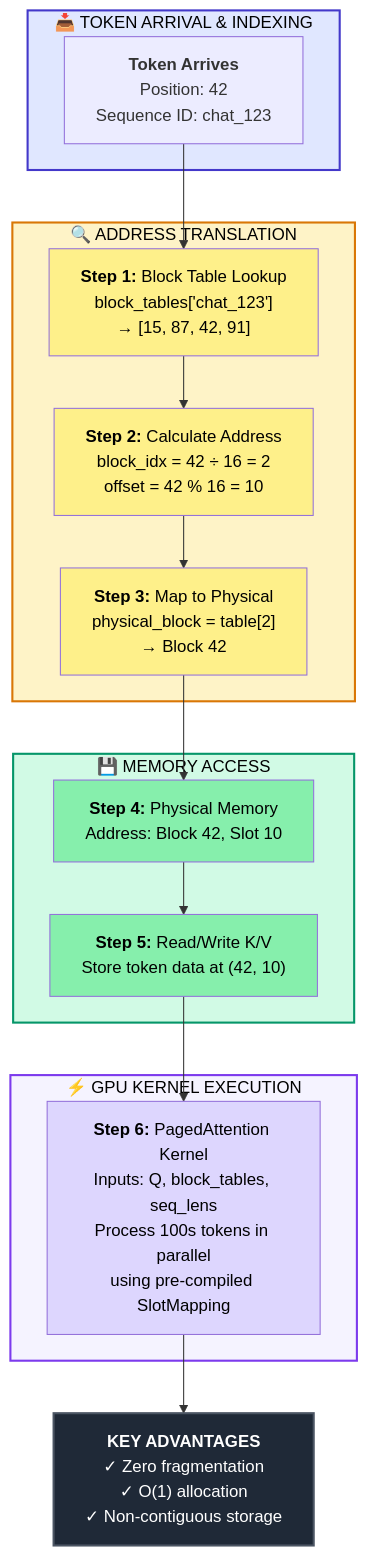
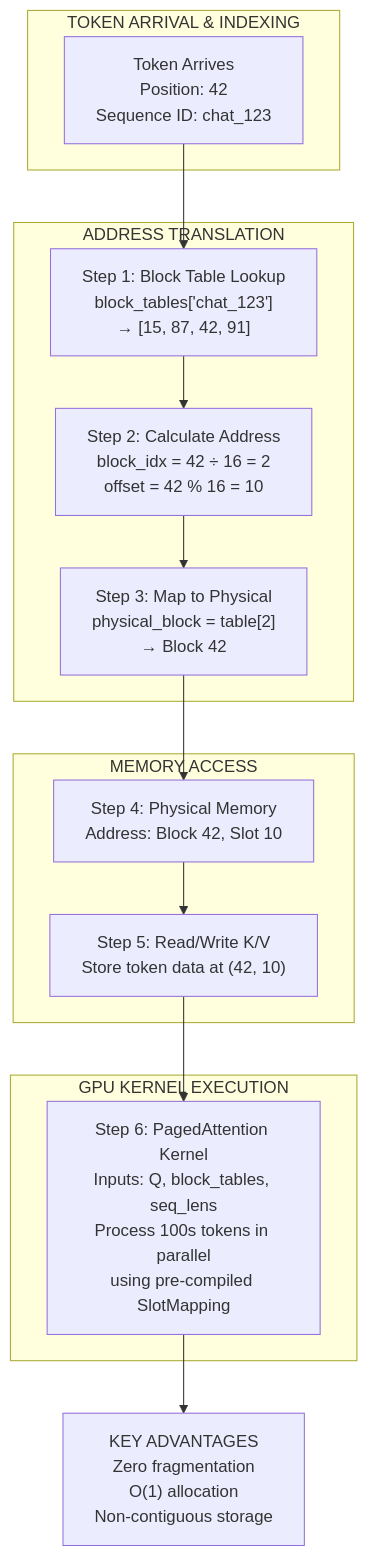
One commit to Shahriarin2garden/vllm_from_scratch changed the sixth of 9 diagrams in lab0.3/README.md. Above: the diagram before and after it, drawn with Mermaid. The commit also changed other lines of this file, not shown here.

Commit message:
Refactor mermaid diagrams in Lab 0.3 README for improved readability and consistency

````diff
--- a/lab0.3/README.md
+++ b/lab0.3/README.md
@@ -492,40 +464,28 @@
 ```mermaid
 graph TD
-    subgraph REQUEST["📥 TOKEN ARRIVAL & INDEXING"]
-        T1["<b>Token Arrives</b><br/>Position: 42<br/>Sequence ID: chat_123"]
+    subgraph REQUEST["TOKEN ARRIVAL & INDEXING"]
+        T1["Token Arrives<br/>Position: 42<br/>Sequence ID: chat_123"]
     end
     
-    subgraph TRANSLATION["🔍 ADDRESS TRANSLATION"]
-        BT["<b>Step 1:</b> Block Table Lookup<br/>block_tables['chat_123']<br/>→ [15, 87, 42, 91]"]
+    subgraph TRANSLATION["ADDRESS TRANSLATION"]
+        BT["Step 1: Block Table Lookup<br/>block_tables['chat_123']<br/>→ [15, 87, 42, 91]"]
         
-        Calc["<b>Step 2:</b> Calculate Address<br/>block_idx = 42 ÷ 16 = 2<br/>offset = 42 % 16 = 10"]
+        Calc["Step 2: Calculate Address<br/>block_idx = 42 ÷ 16 = 2<br/>offset = 42 % 16 = 10"]
         
-        Map["<b>Step 3:</b> Map to Physical<br/>physical_block = table[2]<br/>→ Block 42"]
+        Map["Step 3: Map to Physical<br/>physical_block = table[2]<br/>→ Block 42"]
     end
     
-    subgraph MEMORY["💾 MEMORY ACCESS"]
-        PM["<b>Step 4:</b> Physical Memory<br/>Address: Block 42, Slot 10"]
+    subgraph MEMORY["MEMORY ACCESS"]
+        PM["Step 4: Physical Memory<br/>Address: Block 42, Slot 10"]
         
-        Read["<b>Step 5:</b> Read/Write K/V<br/>Store token data at (42, 10)"]
+        Read["Step 5: Read/Write K/V<br/>Store token data at (42, 10)"]
     end
     
-    subgraph KERNEL["⚡ GPU KERNEL EXECUTION"]
-        Kernel["<b>Step 6:</b> PagedAttention Kernel<br/>Inputs: Q, block_tables, seq_lens<br/>Process 100s tokens in parallel<br/>using pre-compiled SlotMapping"]
+    subgraph KERNEL["GPU KERNEL EXECUTION"]
+        Kernel["Step 6: PagedAttention Kernel<br/>Inputs: Q, block_tables, seq_lens<br/>Process 100s tokens in parallel<br/>using pre-compiled SlotMapping"]
     end
     
-    BENEFITS["<b style='color:#fff'>KEY ADVANTAGES</b><br/>✓ Zero fragmentation<br/>✓ O(1) allocation<br/>✓ Non-contiguous storage"]
+    BENEFITS["KEY ADVANTAGES<br/>Zero fragmentation<br/>O(1) allocation<br/>Non-contiguous storage"]
     
     T1 --> BT --> Calc --> Map --> PM --> Read --> Kernel --> BENEFITS
-    
-    style REQUEST fill:#e0e7ff,stroke:#4338ca,stroke-width:2px,color:#000
-    style TRANSLATION fill:#fef3c7,stroke:#d97706,stroke-width:2px,color:#000
-    style BT fill:#fef08a,color:#000
-    style Calc fill:#fef08a,color:#000
-    style Map fill:#fef08a,color:#000
-    style MEMORY fill:#d1fae5,stroke:#059669,stroke-width:2px,color:#000
-    style PM fill:#86efac,color:#000
-    style Read fill:#86efac,color:#000
-    style KERNEL fill:#f5f3ff,stroke:#7c3aed,stroke-width:2px,color:#000
-    style Kernel fill:#ddd6fe,color:#000
-    style BENEFITS fill:#1f2937,color:#fff,stroke:#4b5563,stroke-width:2px
 ```
````
